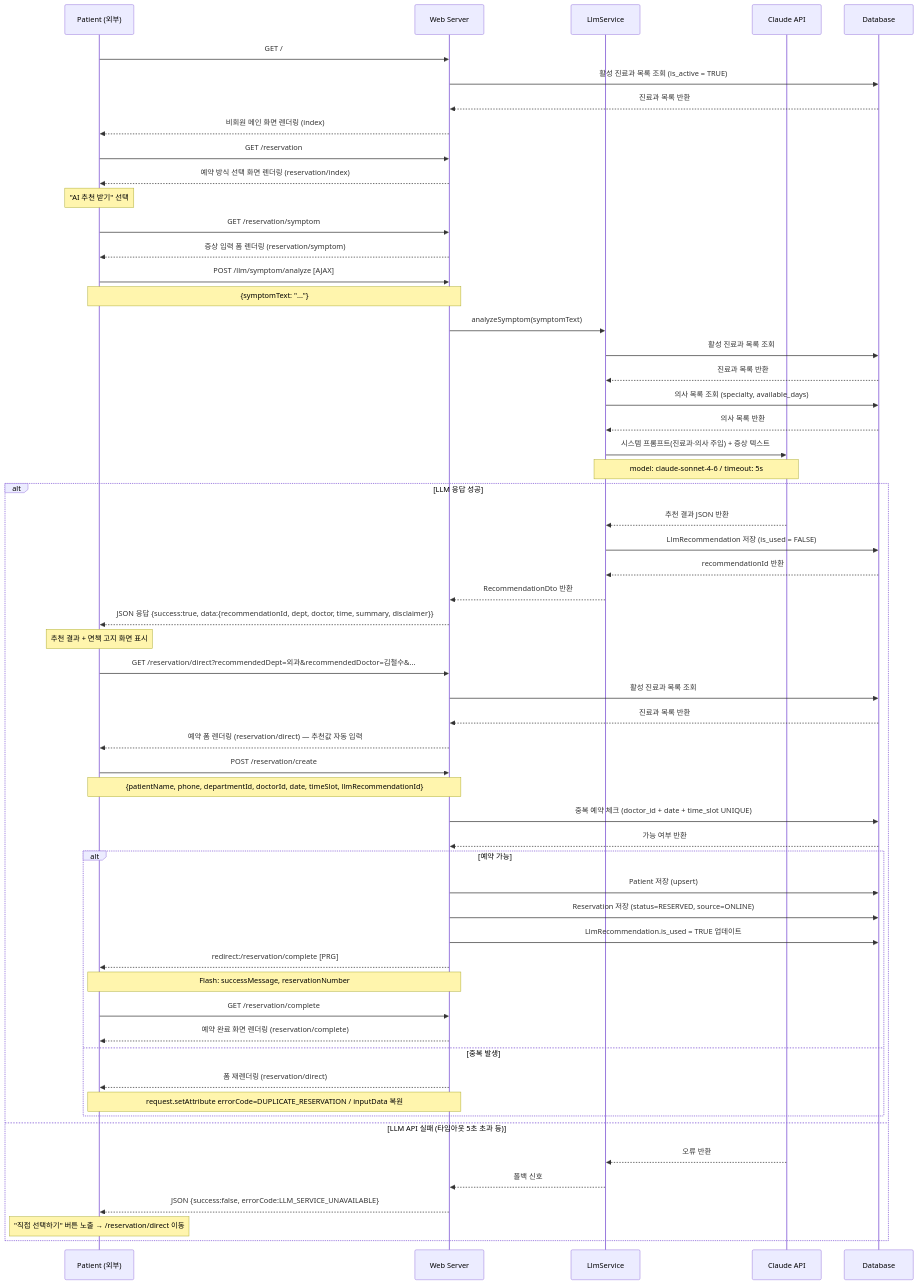
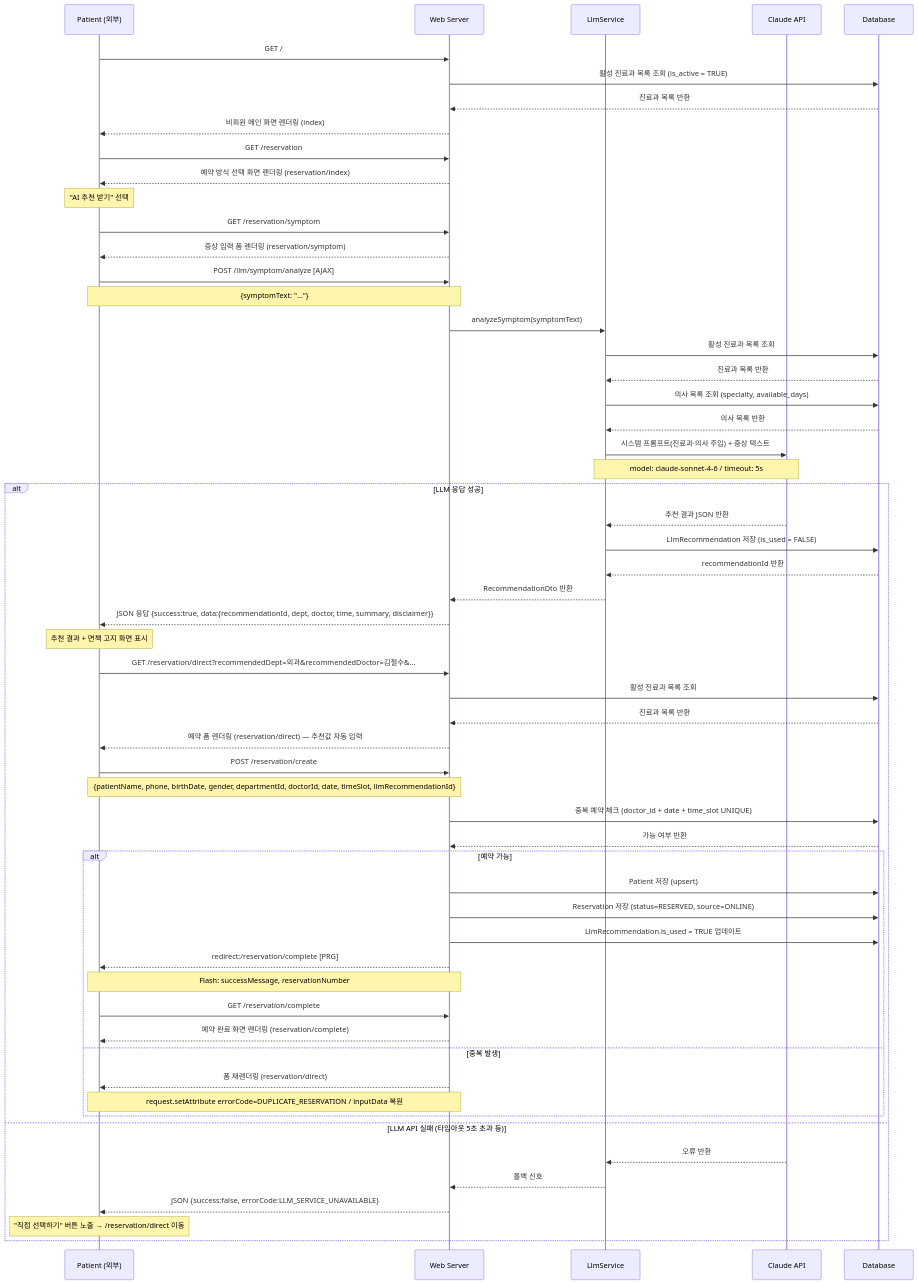
Before and after one commit to proejct-team-alpha/documents: the first of 17 diagrams in 05_화면_흐름_시퀀스_다이어그램/🏥_병원_예약_&_내부_업무_시스템_—_화면_흐름_시퀀스_다이어그램_v5.md, drawn with Mermaid. The commit also changed other lines of this file and 7 other files, not shown here.

First line of the commit message:
PATIENT 테이블: 생년월일(birth_date) + 성별(gender) 추가 및 관련 문서 업데이트

````diff
--- a/05_화면_흐름_시퀀스_다이어그램/🏥_병원_예약_&_내부_업무_시스템_—_화면_흐름_시퀀스_다이어그램_v5.md
+++ b/05_화면_흐름_시퀀스_다이어그램/🏥_병원_예약_&_내부_업무_시스템_—_화면_흐름_시퀀스_다이어그램_v5.md
@@ -48,69 +48,69 @@
 ```mermaid
 sequenceDiagram
     participant P  as Patient (외부)
     participant W  as Web Server
     participant L  as LlmService
     participant C  as Claude API
     participant DB as Database
 
     P->>W: GET /
     W->>DB: 활성 진료과 목록 조회 (is_active = TRUE)
     DB-->>W: 진료과 목록 반환
     W-->>P: 비회원 메인 화면 렌더링 (index)
 
     P->>W: GET /reservation
     W-->>P: 예약 방식 선택 화면 렌더링 (reservation/index)
     Note over P: "AI 추천 받기" 선택
 
     P->>W: GET /reservation/symptom
     W-->>P: 증상 입력 폼 렌더링 (reservation/symptom)
 
     P->>W: POST /llm/symptom/analyze  [AJAX]
     Note over P,W: {symptomText: "..."}
     W->>L: analyzeSymptom(symptomText)
 
     L->>DB: 활성 진료과 목록 조회
     DB-->>L: 진료과 목록 반환
     L->>DB: 의사 목록 조회 (specialty, available_days)
     DB-->>L: 의사 목록 반환
     L->>C: 시스템 프롬프트(진료과·의사 주입) + 증상 텍스트
     Note over L,C: model: claude-sonnet-4-6 / timeout: 5s
 
     alt LLM 응답 성공
         C-->>L: 추천 결과 JSON 반환
         L->>DB: LlmRecommendation 저장 (is_used = FALSE)
         DB-->>L: recommendationId 반환
         L-->>W: RecommendationDto 반환
         W-->>P: JSON 응답 {success:true, data:{recommendationId, dept, doctor, time, summary, disclaimer}}
         Note over P: 추천 결과 + 면책 고지 화면 표시
 
         P->>W: GET /reservation/direct?recommendedDept=외과&recommendedDoctor=김철수&...
         W->>DB: 활성 진료과 목록 조회
         DB-->>W: 진료과 목록 반환
         W-->>P: 예약 폼 렌더링 (reservation/direct) — 추천값 자동 입력
 
         P->>W: POST /reservation/create
-        Note over P,W: {patientName, phone, departmentId, doctorId, date, timeSlot, llmRecommendationId}
+        Note over P,W: {patientName, phone, birthDate, gender, departmentId, doctorId, date, timeSlot, llmRecommendationId}
         W->>DB: 중복 예약 체크 (doctor_id + date + time_slot UNIQUE)
         DB-->>W: 가능 여부 반환
 
         alt 예약 가능
             W->>DB: Patient 저장 (upsert)
             W->>DB: Reservation 저장 (status=RESERVED, source=ONLINE)
             W->>DB: LlmRecommendation.is_used = TRUE 업데이트
             W-->>P: redirect:/reservation/complete [PRG]
             Note over W,P: Flash: successMessage, reservationNumber
             P->>W: GET /reservation/complete
             W-->>P: 예약 완료 화면 렌더링 (reservation/complete)
         else 중복 발생
             W-->>P: 폼 재렌더링 (reservation/direct)
             Note over W,P: request.setAttribute errorCode=DUPLICATE_RESERVATION / inputData 복원
         end
 
     else LLM API 실패 (타임아웃 5초 초과 등)
         C-->>L: 오류 반환
         L-->>W: 폴백 신호
         W-->>P: JSON {success:false, errorCode:LLM_SERVICE_UNAVAILABLE}
         Note over P: "직접 선택하기" 버튼 노출 → /reservation/direct 이동
     end
 ```
````
